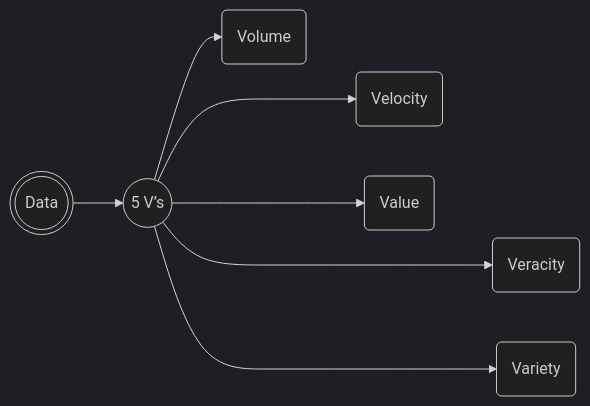
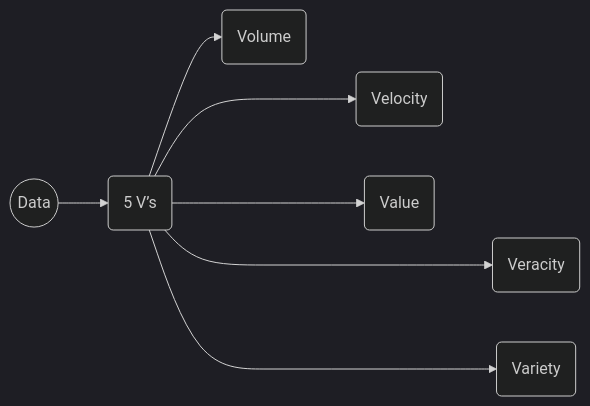
Before and after one commit to askbuddie/margdarsak: the diagram in Data Science/README.md, drawn with Mermaid (dark theme).

Commit message:
add mermaid flowchart

````diff
--- a/Data Science/README.md
+++ b/Data Science/README.md
@@ -14,9 +14,9 @@
 ```mermaid
-     flowchart LR
-     A(((Data))) --> B((5 V’s))
+flowchart LR
+    A((Data)) --> B(5 V’s)
     B --> BA(Volume)
     B ---> BB(Velocity)
     B ----> BC(Veracity)
     B ---> BD(Value)
     B ----> BE(Variety)
 ```
````
